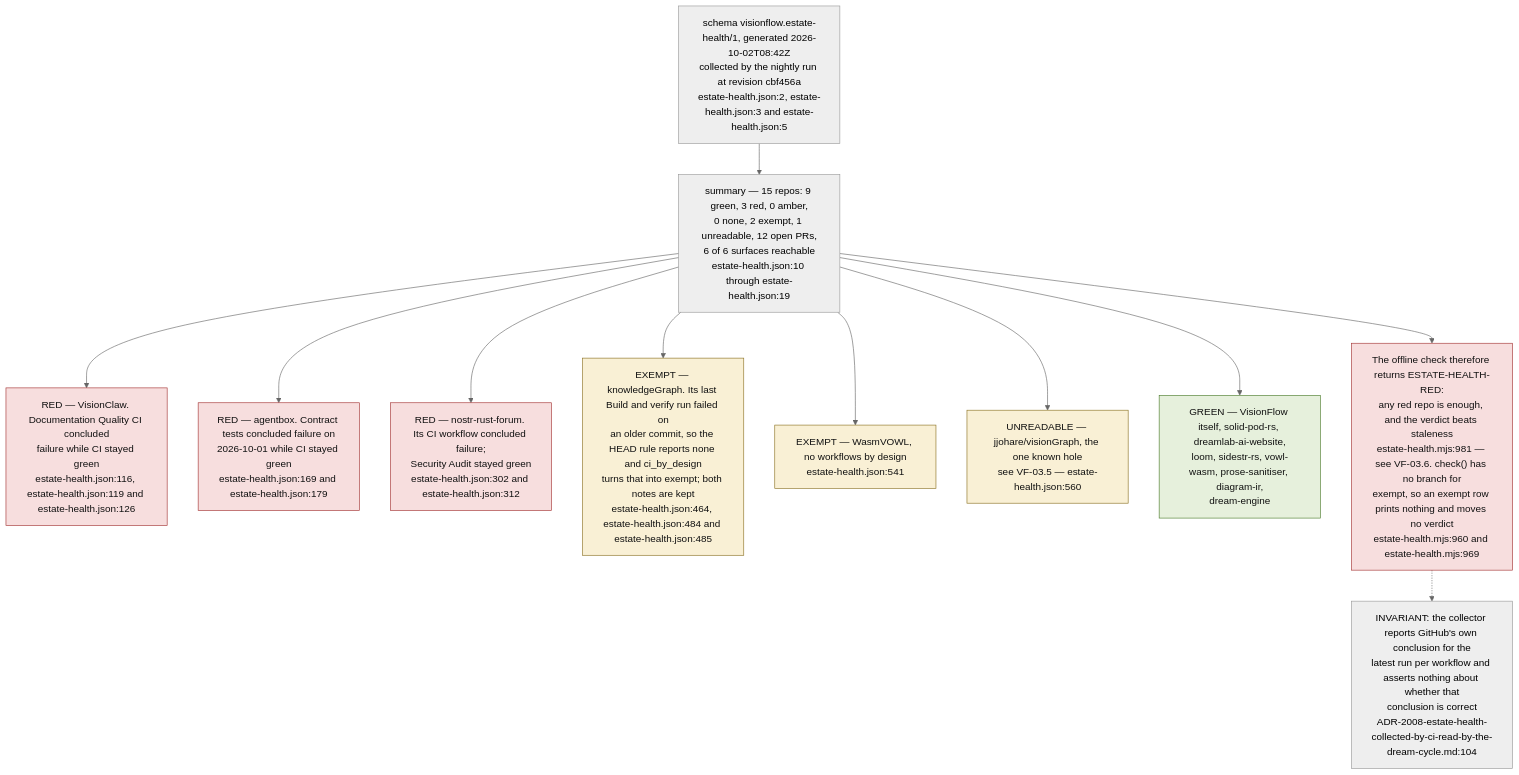
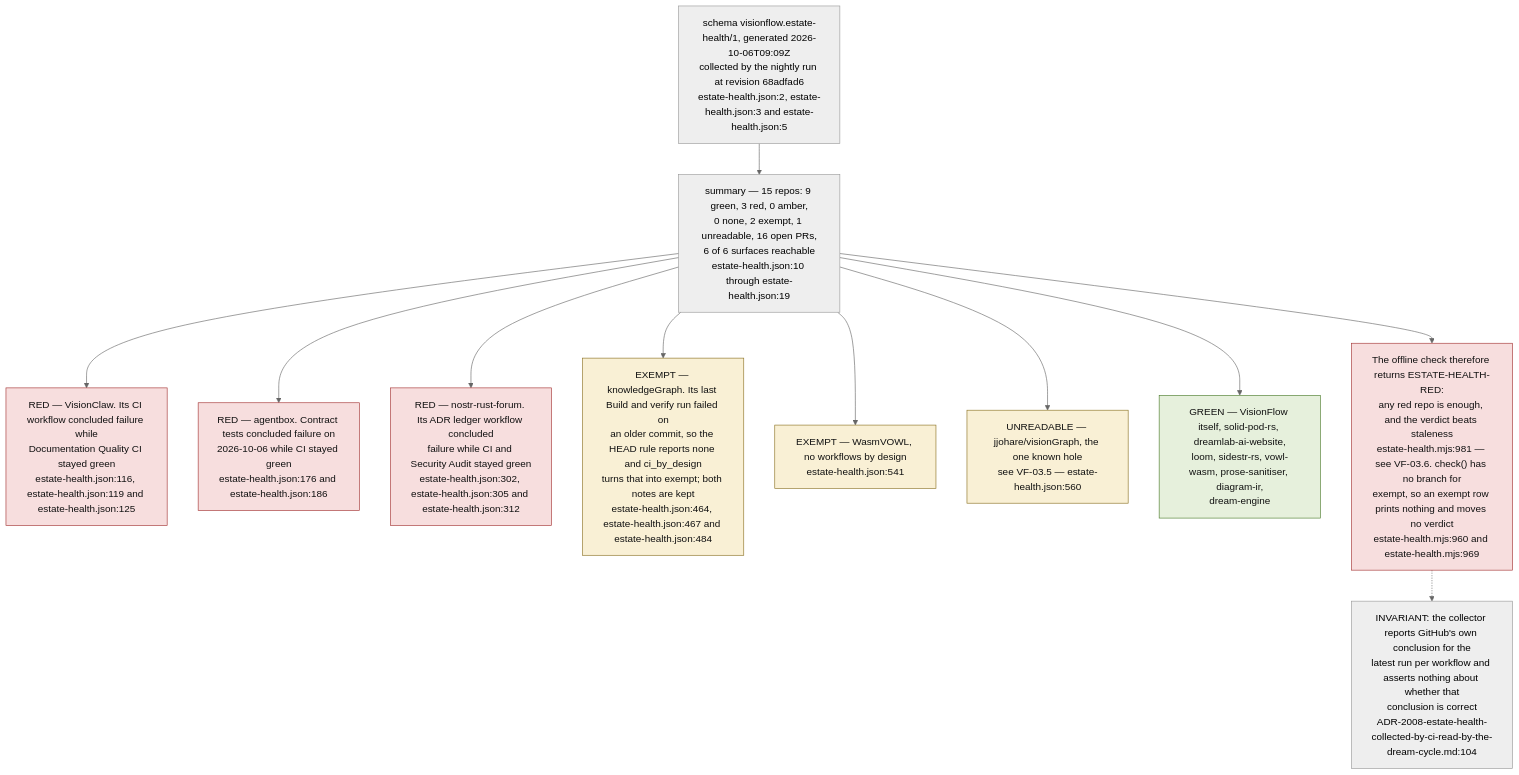
One commit to DreamLab-AI/VisionFlow changed the ninth of 9 diagrams in docs/diagrams/visionflow/03-estate-health.md. Above: the diagram before and after it, drawn with Mermaid (neutral theme). The commit also changed other lines of this file and 21 other files, not shown here.

Commit message:
docs(diagrams): refresh first verified estate batch

````diff
--- a/docs/diagrams/visionflow/03-estate-health.md
+++ b/docs/diagrams/visionflow/03-estate-health.md
@@ -273,24 +273,24 @@
 ```mermaid
 flowchart TB
     classDef red fill:#f7dede,stroke:#a33333,color:#111
     classDef green fill:#e6f0dc,stroke:#4a7a2a,color:#111
     classDef amb fill:#f9f0d5,stroke:#8a7020,color:#111
 
-    SNAP["schema visionflow.estate-health/1, generated 2026-10-02T08:42Z<br/>collected by the nightly run at revision cbf456a<br/>estate-health.json:2, estate-health.json:3 and estate-health.json:5"]
+    SNAP["schema visionflow.estate-health/1, generated 2026-10-06T09:09Z<br/>collected by the nightly run at revision 68adfad6<br/>estate-health.json:2, estate-health.json:3 and estate-health.json:5"]
 
-    SNAP --> SUM["summary — 15 repos: 9 green, 3 red, 0 amber,<br/>0 none, 2 exempt, 1 unreadable, 12 open PRs,<br/>6 of 6 surfaces reachable<br/>estate-health.json:10 through estate-health.json:19"]
+    SNAP --> SUM["summary — 15 repos: 9 green, 3 red, 0 amber,<br/>0 none, 2 exempt, 1 unreadable, 16 open PRs,<br/>6 of 6 surfaces reachable<br/>estate-health.json:10 through estate-health.json:19"]
 
-    SUM --> R1["RED — VisionClaw. Documentation Quality CI concluded<br/>failure while CI stayed green<br/>estate-health.json:116, estate-health.json:119 and estate-health.json:126"]:::red
-    SUM --> R2["RED — agentbox. Contract tests concluded failure on<br/>2026-10-01 while CI stayed green<br/>estate-health.json:169 and estate-health.json:179"]:::red
-    SUM --> R3["RED — nostr-rust-forum. Its CI workflow concluded failure;<br/>Security Audit stayed green<br/>estate-health.json:302 and estate-health.json:312"]:::red
-    SUM --> E1["EXEMPT — knowledgeGraph. Its last Build and verify run failed on<br/>an older commit, so the HEAD rule reports none and ci_by_design<br/>turns that into exempt; both notes are kept<br/>estate-health.json:464, estate-health.json:484 and estate-health.json:485"]:::amb
+    SUM --> R1["RED — VisionClaw. Its CI workflow concluded failure while<br/>Documentation Quality CI stayed green<br/>estate-health.json:116, estate-health.json:119 and estate-health.json:125"]:::red
+    SUM --> R2["RED — agentbox. Contract tests concluded failure on<br/>2026-10-06 while CI stayed green<br/>estate-health.json:176 and estate-health.json:186"]:::red
+    SUM --> R3["RED — nostr-rust-forum. Its ADR ledger workflow concluded<br/>failure while CI and Security Audit stayed green<br/>estate-health.json:302, estate-health.json:305 and estate-health.json:312"]:::red
+    SUM --> E1["EXEMPT — knowledgeGraph. Its last Build and verify run failed on<br/>an older commit, so the HEAD rule reports none and ci_by_design<br/>turns that into exempt; both notes are kept<br/>estate-health.json:464, estate-health.json:467 and estate-health.json:484"]:::amb
     SUM --> E2["EXEMPT — WasmVOWL, no workflows by design<br/>estate-health.json:541"]:::amb
     SUM --> U1["UNREADABLE — jjohare/visionGraph, the one known hole<br/>see VF-03.5 — estate-health.json:560"]:::amb
     SUM --> G1["GREEN — VisionFlow itself, solid-pod-rs, dreamlab-ai-website,<br/>loom, sidestr-rs, vowl-wasm, prose-sanitiser, diagram-ir,<br/>dream-engine"]:::green
 
     VERD["The offline check therefore returns ESTATE-HEALTH-RED:<br/>any red repo is enough, and the verdict beats staleness<br/>estate-health.mjs:981 — see VF-03.6. check() has no branch for<br/>exempt, so an exempt row prints nothing and moves no verdict<br/>estate-health.mjs:960 and estate-health.mjs:969"]:::red
     SUM --> VERD
 
     INV["INVARIANT: the collector reports GitHub's own conclusion for the<br/>latest run per workflow and asserts nothing about whether that<br/>conclusion is correct<br/>ADR-2008-estate-health-collected-by-ci-read-by-the-dream-cycle.md:104"]
     VERD -.-> INV
 ```
````
